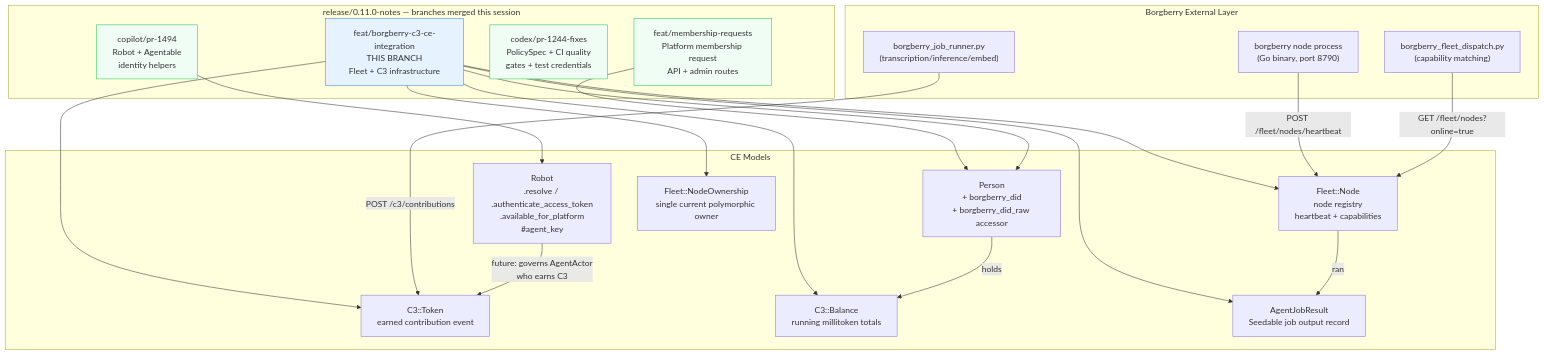
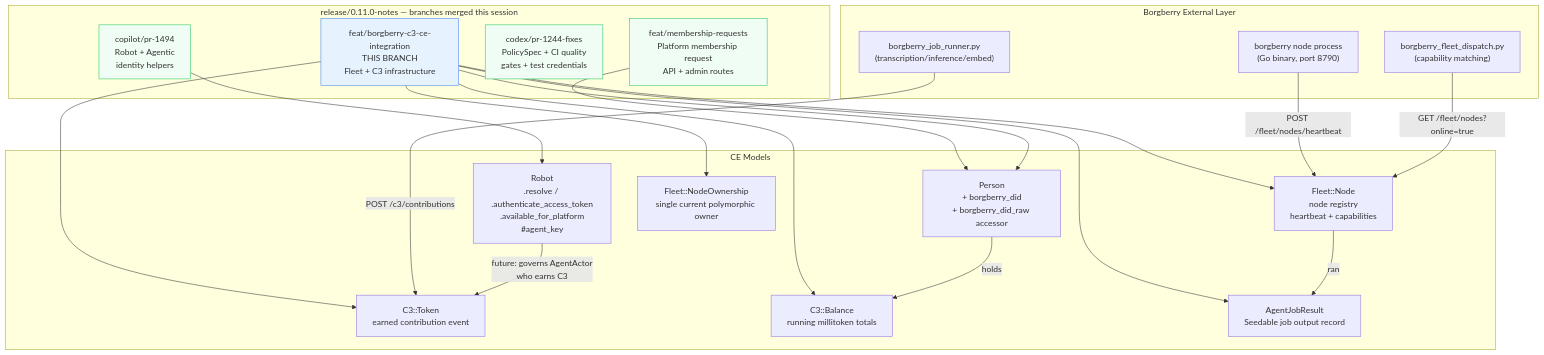
The fourth of 4 diagrams in docs/borgberry-ce-integration.md (better-together-org/community-engine-rails), drawn with Mermaid before and after one commit. The commit also changed other lines of this file and 56 other files, not shown here.

First line of the commit message:
fix(0.11.0): rename Agentable -> Agentic, governed_authors/contributors -> agent_authors/contributors

````diff
--- a/docs/borgberry-ce-integration.md
+++ b/docs/borgberry-ce-integration.md
@@ -235,46 +235,46 @@
 ```mermaid
 graph TD
     subgraph "release/0.11.0-notes — branches merged this session"
-        R[copilot/pr-1494<br/>Robot + Agentable<br/>identity helpers]
+        R[copilot/pr-1494<br/>Robot + Agentic<br/>identity helpers]
         M[feat/membership-requests<br/>Platform membership request<br/>API + admin routes]
         Q[codex/pr-1244-fixes<br/>PolicySpec + CI quality<br/>gates + test credentials]
         B[feat/borgberry-c3-ce-integration<br/>THIS BRANCH<br/>Fleet + C3 infrastructure]
     end
 
     subgraph "CE Models"
         Person["Person\n+ borgberry_did\n+ borgberry_did_raw accessor"]
         Robot["Robot\n.resolve / .authenticate_access_token\n.available_for_platform\n#agent_key"]
         FleetNode["Fleet::Node\nnode registry\nheartbeat + capabilities"]
         FleetNodeOwnership["Fleet::NodeOwnership\nsingle current polymorphic owner"]
         C3Token["C3::Token\nearned contribution event"]
         C3Balance["C3::Balance\nrunning millitoken totals"]
         AgentJobResult["AgentJobResult\nSeedable job output record"]
     end
 
     subgraph "Borgberry External Layer"
         NodeProcess["borgberry node process\n(Go binary, port 8790)"]
         JobRunner["borgberry_job_runner.py\n(transcription/inference/embed)"]
         FleetDispatch["borgberry_fleet_dispatch.py\n(capability matching)"]
     end
 
     R --> Robot
     M --> Person
     B --> Person
     B --> FleetNode
     B --> FleetNodeOwnership
     B --> C3Token
     B --> C3Balance
     B --> AgentJobResult
 
     NodeProcess -->|"POST /fleet/nodes/heartbeat"| FleetNode
     JobRunner -->|"POST /c3/contributions"| C3Token
     FleetDispatch -->|"GET /fleet/nodes?online=true"| FleetNode
     Robot -->|"future: governs AgentActor\nwho earns C3"| C3Token
     Person -->|"holds"| C3Balance
     FleetNode -->|"ran"| AgentJobResult
 
     style B fill:#e6f3ff,stroke:#3b82f6
     style R fill:#f0fdf4,stroke:#22c55e
     style M fill:#f0fdf4,stroke:#22c55e
     style Q fill:#f0fdf4,stroke:#22c55e
 ```
````
